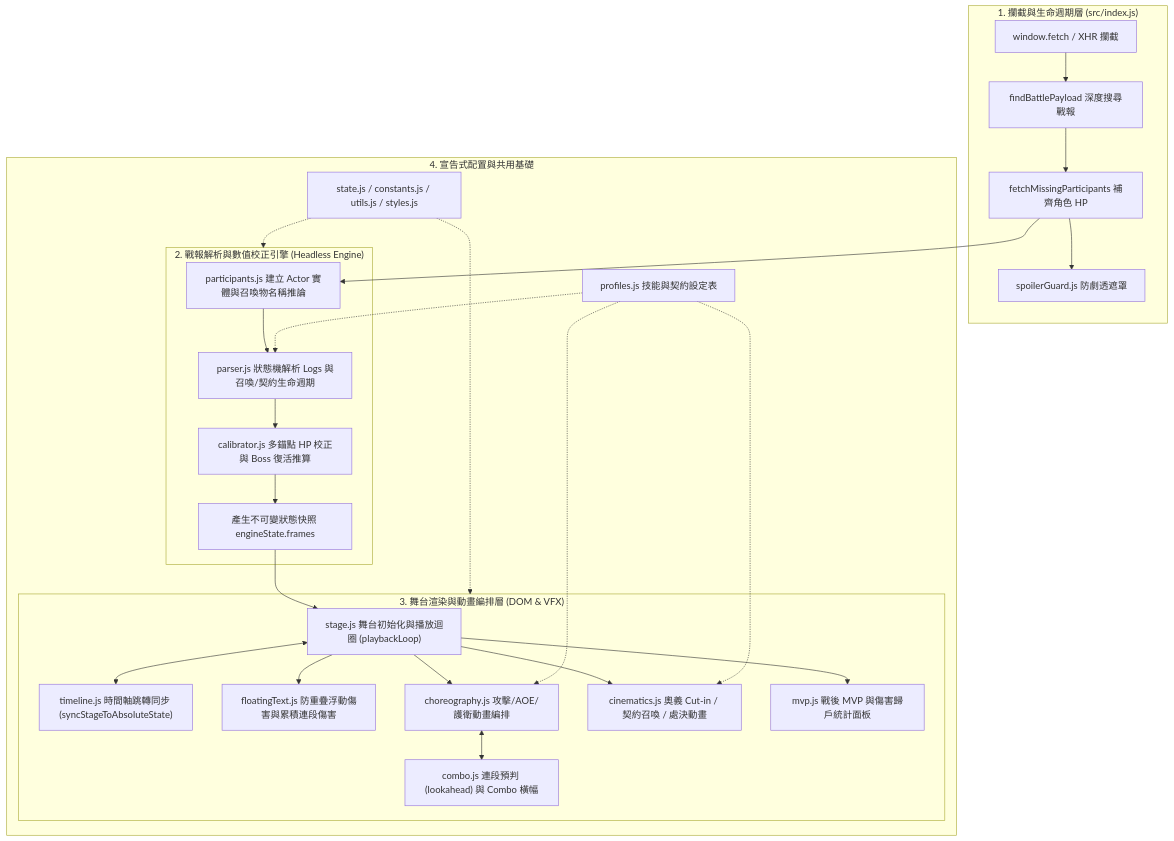
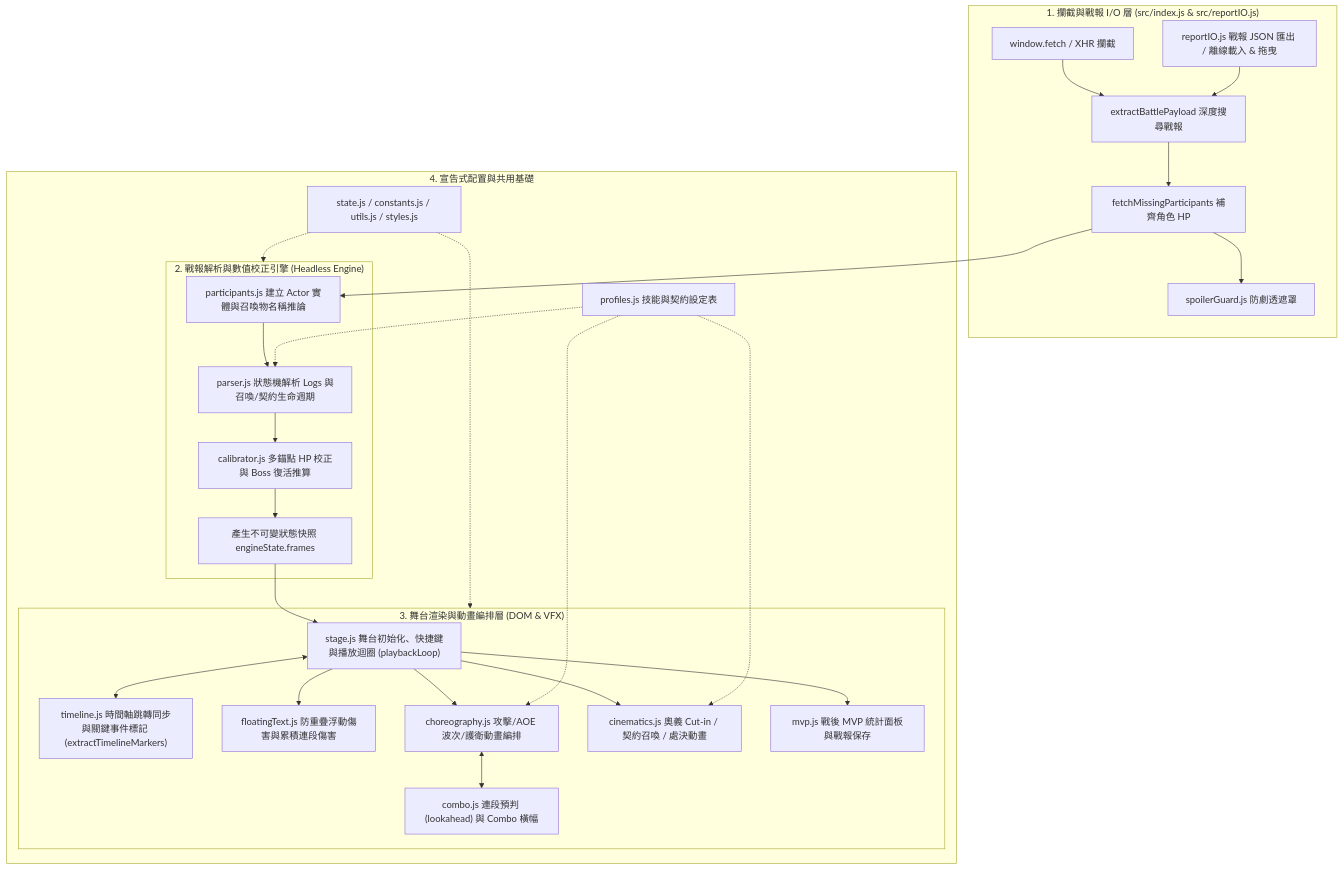
One commit to ck10800766/mdbattle-visualizer changed the diagram in README.md. Above: the diagram before and after it, drawn with Mermaid. The commit also changed other lines of this file and 13 other files, not shown here.

First line of the commit message:
feat: timeline milestone pins, keyboard shortcuts, report json i/o, and ui refinement (#12)

````diff
--- a/README.md
+++ b/README.md
@@ -47,33 +52,34 @@
 ```mermaid
 flowchart TD
-    subgraph Intercept ["1. 攔截與生命週期層 (src/index.js)"]
-        A["window.fetch / XHR 攔截"] --> B["findBattlePayload 深度搜尋戰報"]
+    subgraph Intercept ["1. 攔截與戰報 I/O 層 (src/index.js & src/reportIO.js)"]
+        A["window.fetch / XHR 攔截"] --> B["extractBattlePayload 深度搜尋戰報"]
+        IO["reportIO.js 戰報 JSON 匯出 / 離線載入 & 拖曳"] --> B
         B --> C["fetchMissingParticipants 補齊角色 HP"]
         C --> D["spoilerGuard.js 防劇透遮罩"]
     end
 
     subgraph Engine ["2. 戰報解析與數值校正引擎 (Headless Engine)"]
         C --> E["participants.js 建立 Actor 實體與召喚物名稱推論"]
         E --> F["parser.js 狀態機解析 Logs 與召喚/契約生命週期"]
         F --> G["calibrator.js 多錨點 HP 校正與 Boss 復活推算"]
         G --> H["產生不可變狀態快照 engineState.frames"]
     end
 
     subgraph Stage ["3. 舞台渲染與動畫編排層 (DOM & VFX)"]
-        H --> I["stage.js 舞台初始化與播放迴圈 (playbackLoop)"]
-        I <--> J["timeline.js 時間軸跳轉同步 (syncStageToAbsoluteState)"]
+        H --> I["stage.js 舞台初始化、快捷鍵與播放迴圈 (playbackLoop)"]
+        I <--> J["timeline.js 時間軸跳轉同步與關鍵事件標記 (extractTimelineMarkers)"]
         I --> FT["floatingText.js 防重疊浮動傷害與累積連段傷害"]
-        I --> K["choreography.js 攻擊/AOE/護衛動畫編排"]
+        I --> K["choreography.js 攻擊/AOE 波次/護衛動畫編排"]
         K <--> L["combo.js 連段預判 (lookahead) 與 Combo 橫幅"]
         I --> M["cinematics.js 奧義 Cut-in / 契約召喚 / 處決動畫"]
-        I --> N["mvp.js 戰後 MVP 與傷害歸戶統計面板"]
+        I --> N["mvp.js 戰後 MVP 統計面板與戰報保存"]
     end
 
     subgraph Config ["4. 宣告式配置與共用基礎"]
         P["profiles.js 技能與契約設定表"] -.-> F
         P -.-> K
         P -.-> M
         S["state.js / constants.js / utils.js / styles.js"] -.-> Engine
         S -.-> Stage
     end
 ```
````
